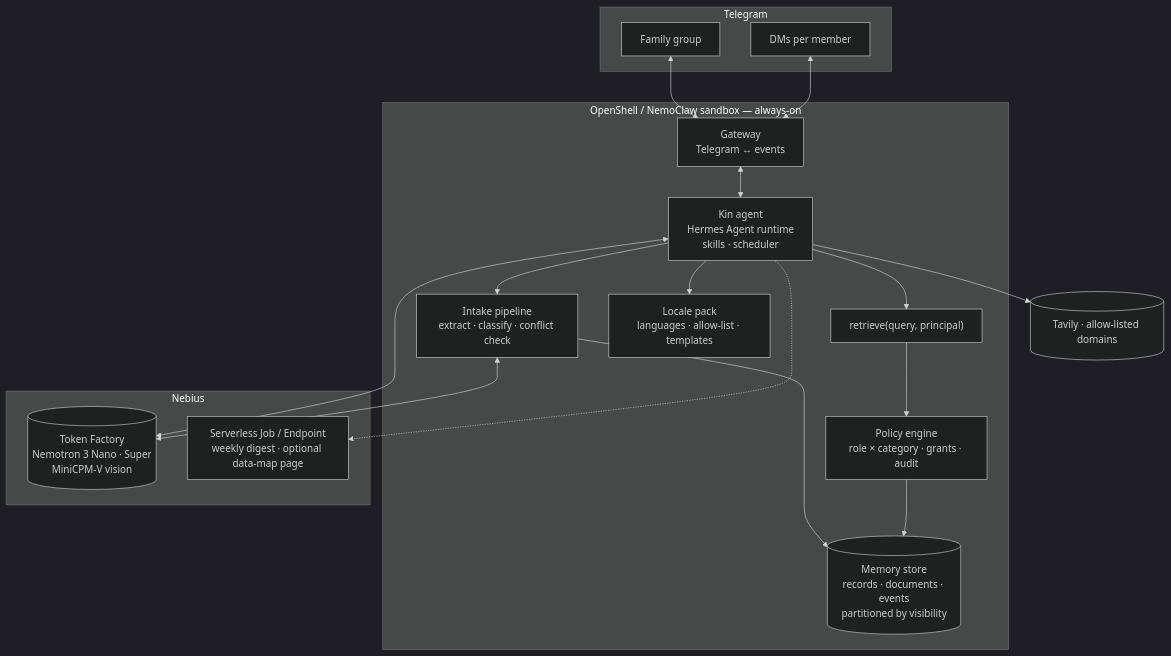
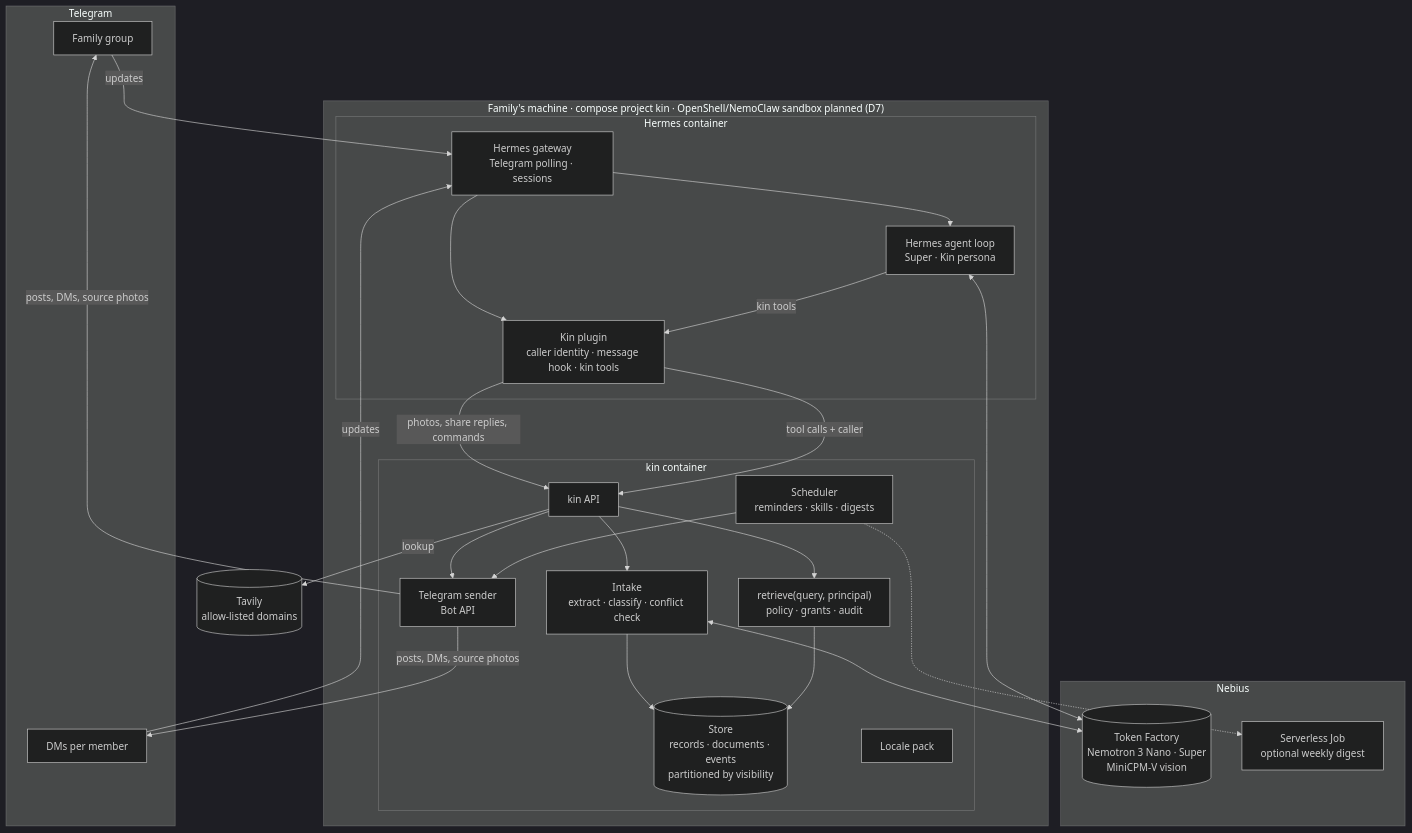
One commit to wenhao7/kin changed the diagram in docs/05-architecture.md. Above: the diagram before and after it, drawn with Mermaid (dark theme). The commit also changed other lines of this file and 13 other files, not shown here.

Commit message:
docs: design the Hermes-Kin bridge and fold it into the plan

````diff
--- a/docs/05-architecture.md
+++ b/docs/05-architecture.md
@@ -12,30 +13,41 @@
 ```mermaid
 flowchart TB
     subgraph Telegram
         G[Family group]
         D[DMs per member]
     end
-    subgraph Sandbox["OpenShell / NemoClaw sandbox — always-on"]
-        GW[Gateway<br/>Telegram ↔ events]
-        AG[Kin agent<br/>Hermes Agent runtime<br/>skills · scheduler]
-        IN[Intake pipeline<br/>extract · classify · conflict check]
-        PE[Policy engine<br/>role × category · grants · audit]
-        RET["retrieve(query, principal)"]
-        MEM[(Memory store<br/>records · documents · events<br/>partitioned by visibility)]
-        LOC[Locale pack<br/>languages · allow-list · templates]
+    subgraph Host["Family's machine · compose project kin · OpenShell/NemoClaw sandbox planned (D7)"]
+        subgraph HC[Hermes container]
+            GW[Hermes gateway<br/>Telegram polling · sessions]
+            AG[Hermes agent loop<br/>Super · Kin persona]
+            PL[Kin plugin<br/>caller identity · message hook · kin tools]
+        end
+        subgraph KC[kin container]
+            API[kin API]
+            IN[Intake<br/>extract · classify · conflict check]
+            RET["retrieve(query, principal)<br/>policy · grants · audit"]
+            MEM[(Store<br/>records · documents · events<br/>partitioned by visibility)]
+            SCH[Scheduler<br/>reminders · skills · digests]
+            OUT[Telegram sender<br/>Bot API]
+            LOC[Locale pack]
+        end
     end
     subgraph Nebius
         TF[(Token Factory<br/>Nemotron 3 Nano · Super<br/>MiniCPM-V vision)]
-        SE[Serverless Job / Endpoint<br/>weekly digest · optional data-map page]
+        SE[Serverless Job<br/>optional weekly digest]
     end
-    TV[(Tavily · allow-listed domains)]
+    TV[(Tavily<br/>allow-listed domains)]
 
-    G & D <--> GW <--> AG
-    AG --> IN --> MEM
-    AG --> RET --> PE --> MEM
+    G & D -->|updates| GW --> PL
+    PL -->|photos, share replies, commands| API
+    GW --> AG -->|kin tools| PL
+    PL -->|tool calls + caller| API
     AG <--> TF
+    API --> IN --> MEM
+    API --> RET --> MEM
     IN <--> TF
-    AG --> TV
-    AG --> LOC
-    AG -.-> SE
+    API -->|lookup| TV
+    API & SCH --> OUT
+    OUT -->|posts, DMs, source photos| G & D
+    SCH -.-> SE
 ```
````
